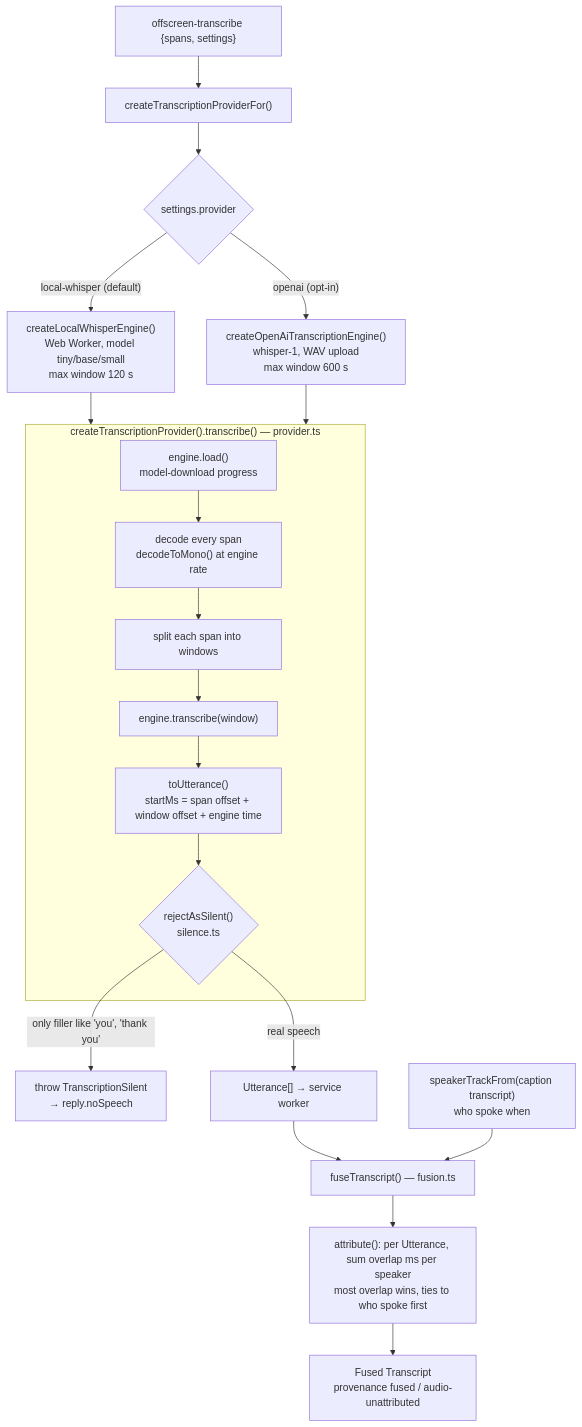
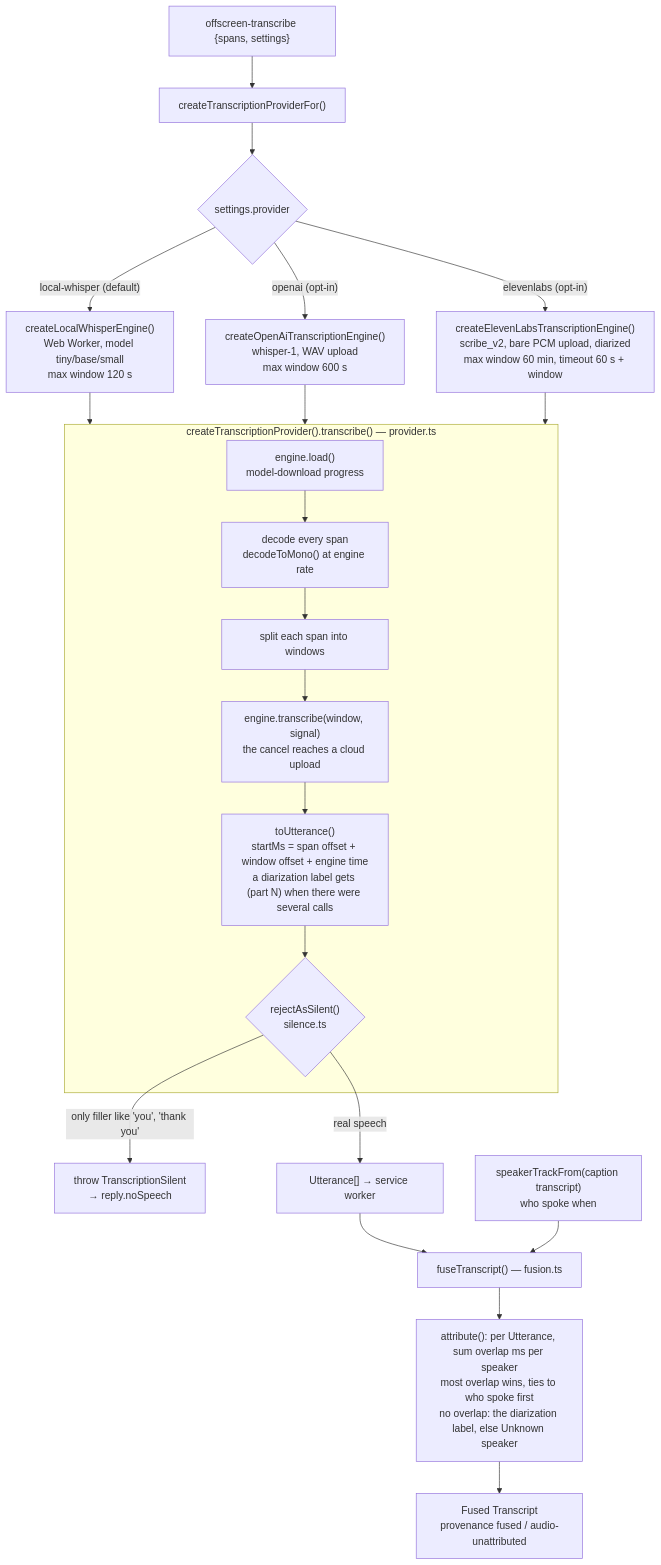
The eighth of 11 diagrams in docs/ARCHITECTURE.md (dominic676767/meeting-summarizer), drawn with Mermaid before and after one commit. The commit also changed other lines of this file, not shown here.

First line of the commit message:
Ticket #34: the blueprint draws Scribe, its names and its PCM

````diff
--- a/docs/ARCHITECTURE.md
+++ b/docs/ARCHITECTURE.md
@@ -387,24 +392,26 @@
 ```mermaid
 flowchart TD
     msg["offscreen-transcribe {spans, settings}"] --> fac["createTranscriptionProviderFor()"]
     fac --> which{"settings.provider"}
     which -- "local-whisper (default)" --> lw["createLocalWhisperEngine()<br/>Web Worker, model tiny/base/small<br/>max window 120 s"]
     which -- "openai (opt-in)" --> oa["createOpenAiTranscriptionEngine()<br/>whisper-1, WAV upload<br/>max window 600 s"]
     lw --> core
+    which -- "elevenlabs (opt-in)" --> el["createElevenLabsTranscriptionEngine()<br/>scribe_v2, bare PCM upload, diarized<br/>max window 60 min, timeout 60 s + window"]
     oa --> core
+    el --> core
 
     subgraph core["createTranscriptionProvider().transcribe() — provider.ts"]
         load["engine.load()<br/>model-download progress"] --> dec["decode every span<br/>decodeToMono() at engine rate"]
         dec --> win["split each span into windows"]
-        win --> eng["engine.transcribe(window)"]
-        eng --> utt["toUtterance()<br/>startMs = span offset + window offset + engine time"]
+        win --> eng["engine.transcribe(window, signal)<br/>the cancel reaches a cloud upload"]
+        eng --> utt["toUtterance()<br/>startMs = span offset + window offset + engine time<br/>a diarization label gets (part N) when there were several calls"]
         utt --> sil{"rejectAsSilent()<br/>silence.ts"}
     end
     sil -- "only filler like 'you', 'thank you'" --> silent["throw TranscriptionSilent<br/>→ reply.noSpeech"]
     sil -- "real speech" --> utts["Utterance[] → service worker"]
 
     utts --> fuse["fuseTranscript() — fusion.ts"]
     track["speakerTrackFrom(caption transcript)<br/>who spoke when"] --> fuse
-    fuse --> attr["attribute(): per Utterance, sum overlap ms per speaker<br/>most overlap wins, ties to who spoke first"]
+    fuse --> attr["attribute(): per Utterance, sum overlap ms per speaker<br/>most overlap wins, ties to who spoke first<br/>no overlap: the diarization label, else Unknown speaker"]
     attr --> fused["Fused Transcript<br/>provenance fused / audio-unattributed"]
 ```
````
